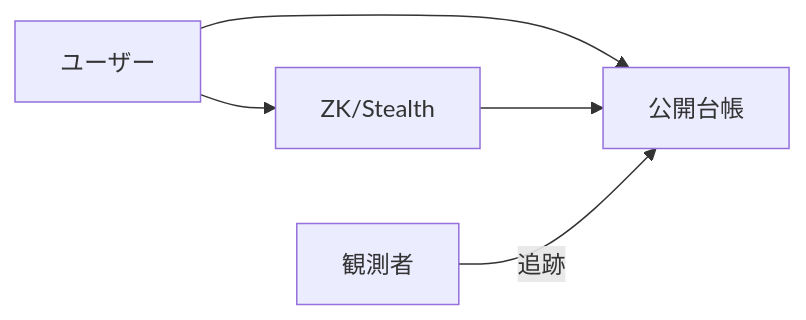
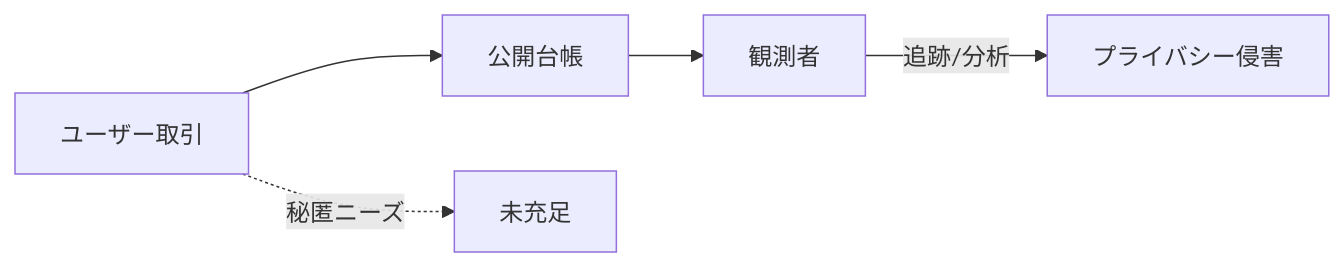
One commit to NyxFoundation/presentation-agent changed the diagram in slides/SL09.md. Above: the diagram before and after it, drawn with Mermaid. The commit also changed other lines of this file and 5 other files, not shown here.

````diff
--- a/slides/SL09.md
+++ b/slides/SL09.md
@@ -7,7 +8,7 @@
-```mermaid
+```mermaid {scale: 0.85}
 flowchart LR
-  U[ユーザー] --> P[公開台帳]
-  U --> Z[ZK/Stealth]
-  Z --> P
-  O[観測者] -->|追跡| P
+  U[ユーザー取引] --> P[公開台帳]
+  P --> O[観測者]
+  O -->|追跡/分析| R[プライバシー侵害]
+  U -.->|秘匿ニーズ| N[未充足]
 ```
````
